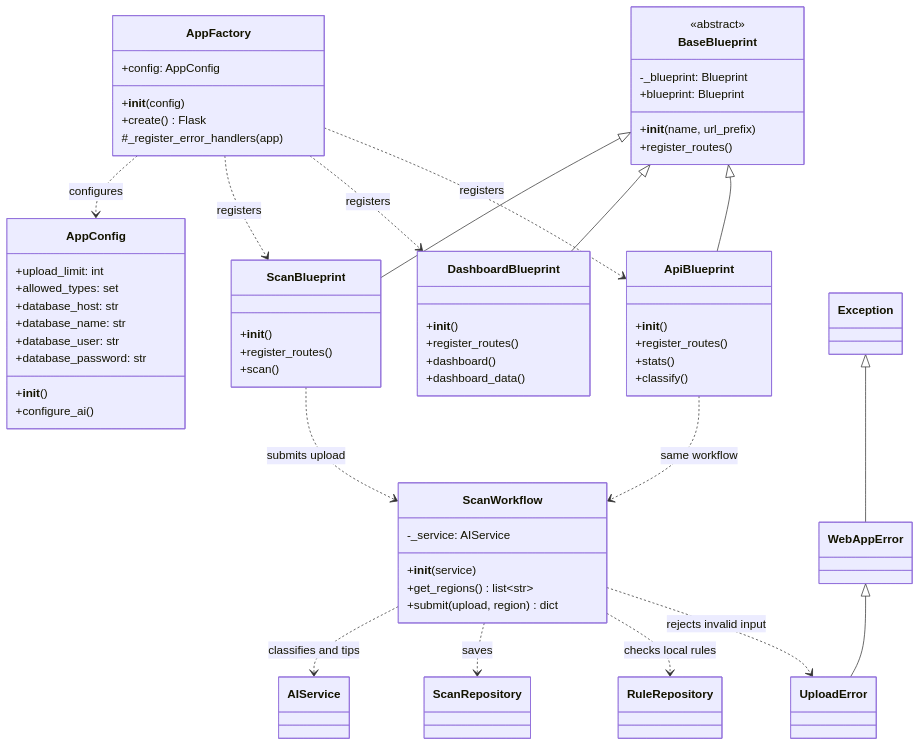
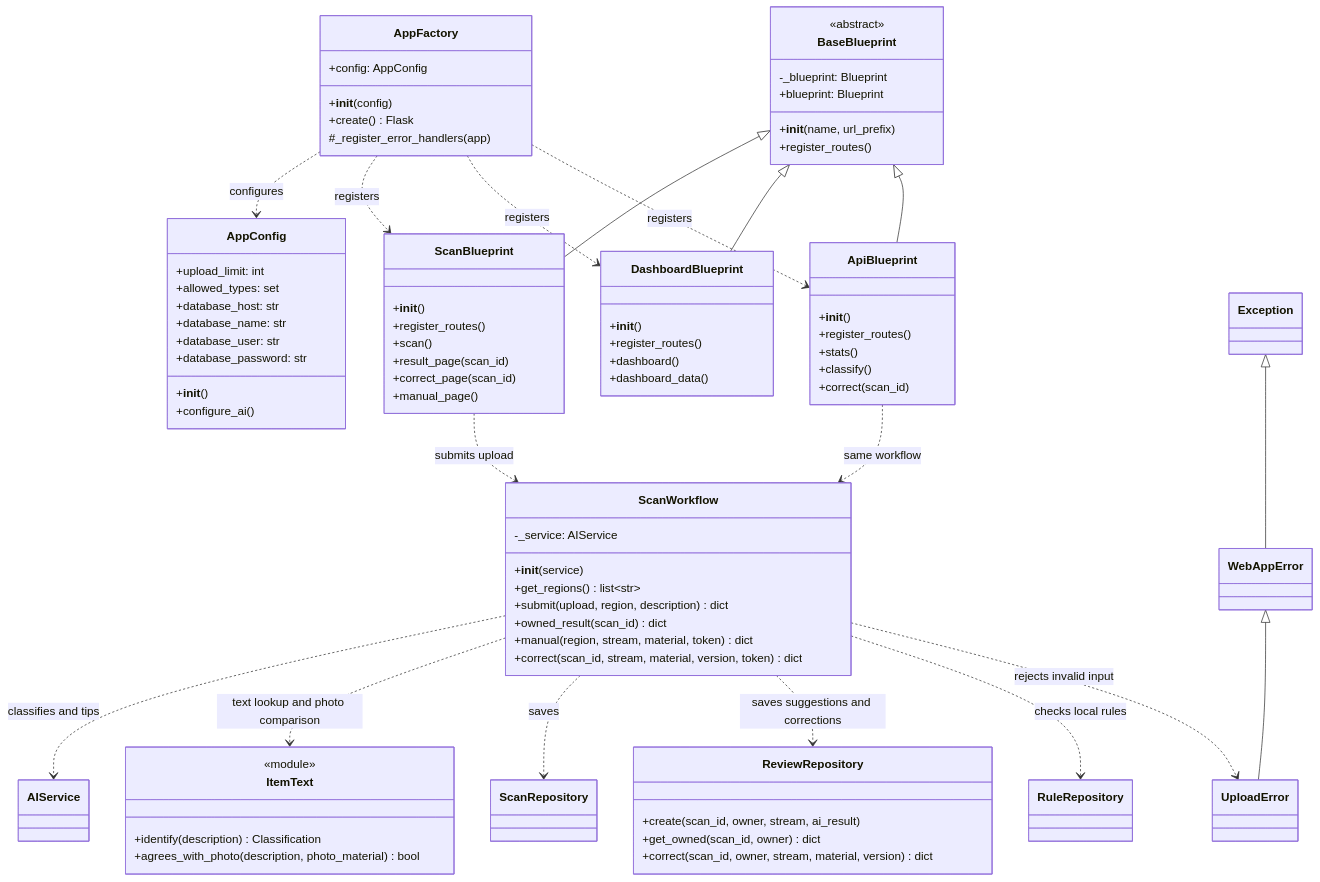
Before and after one commit to Timmyy3000/waste-sorting-assistant: the ninth of 11 diagrams in README.md, drawn with Mermaid. The commit also changed other lines of this file and 13 other files, not shown here.

Commit message:
feat: review text and photo suggestions with safer guidance

````diff
--- a/README.md
+++ b/README.md
@@ -372,12 +554,28 @@
         +__init__()
         +register_routes()
         +scan()
+        +result_page(scan_id)
+        +correct_page(scan_id)
+        +manual_page()
     }
     class ScanWorkflow {
         -_service: AIService
         +__init__(service)
         +get_regions() list~str~
-        +submit(upload, region) dict
+        +submit(upload, region, description) dict
+        +owned_result(scan_id) dict
+        +manual(region, stream, material, token) dict
+        +correct(scan_id, stream, material, version, token) dict
+    }
+    class ReviewRepository {
+        +create(scan_id, owner, stream, ai_result)
+        +get_owned(scan_id, owner) dict
+        +correct(scan_id, owner, stream, material, version) dict
+    }
+    class ItemText {
+        <<module>>
+        +identify(description) Classification
+        +agrees_with_photo(description, photo_material) bool
     }
     class DashboardBlueprint {
         +__init__()
@@ -390,6 +588,7 @@
         +register_routes()
         +stats()
         +classify()
+        +correct(scan_id)
     }
     class WebAppError
     class UploadError
@@ -405,7 +604,9 @@
     ScanBlueprint ..> ScanWorkflow : submits upload
     ApiBlueprint ..> ScanWorkflow : same workflow
     ScanWorkflow ..> AIService : classifies and tips
+    ScanWorkflow ..> ItemText : text lookup and photo comparison
     ScanWorkflow ..> ScanRepository : saves
+    ScanWorkflow ..> ReviewRepository : saves suggestions and corrections
     ScanWorkflow ..> RuleRepository : checks local rules
     ScanWorkflow ..> UploadError : rejects invalid input
 ```
````
